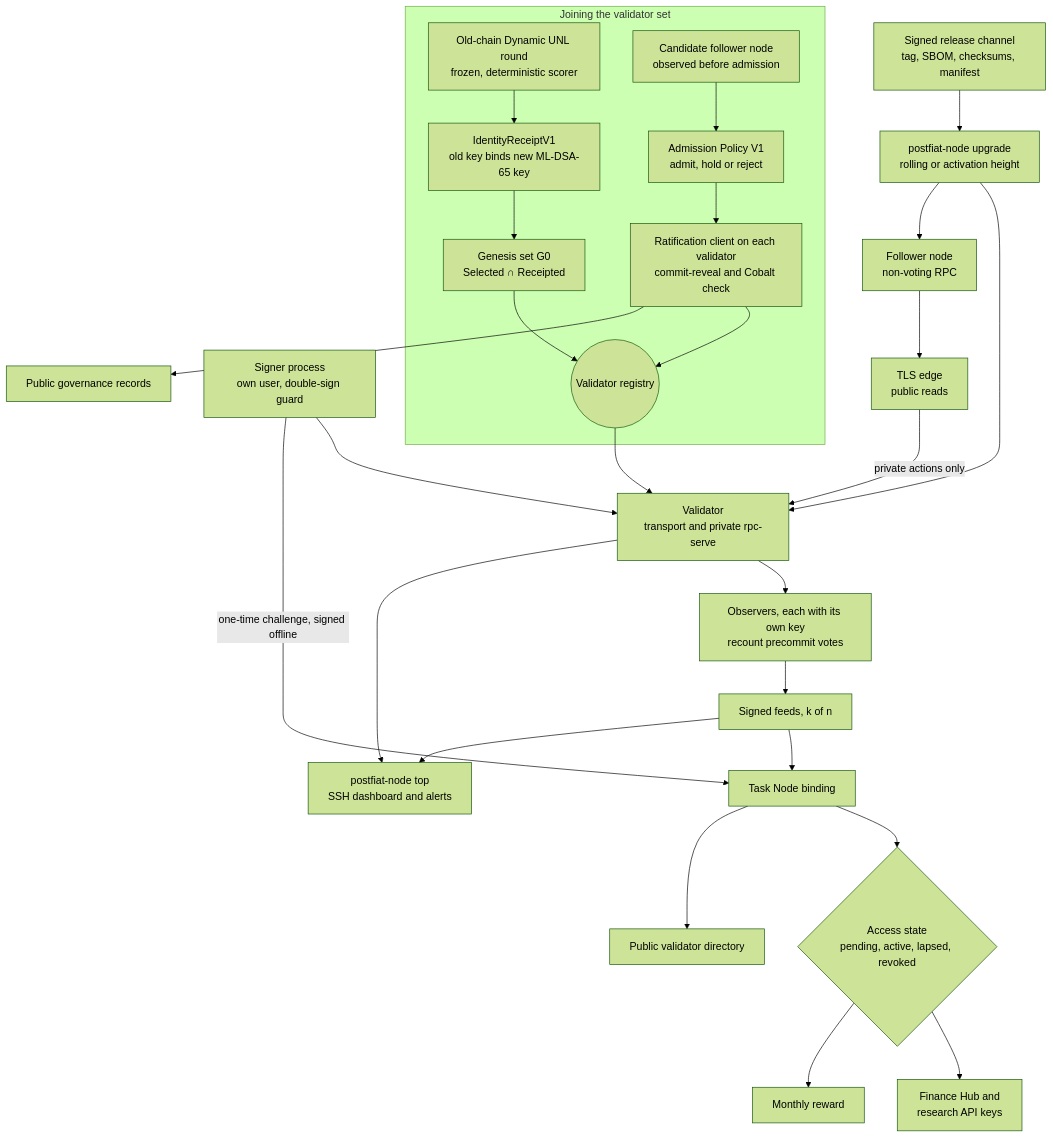
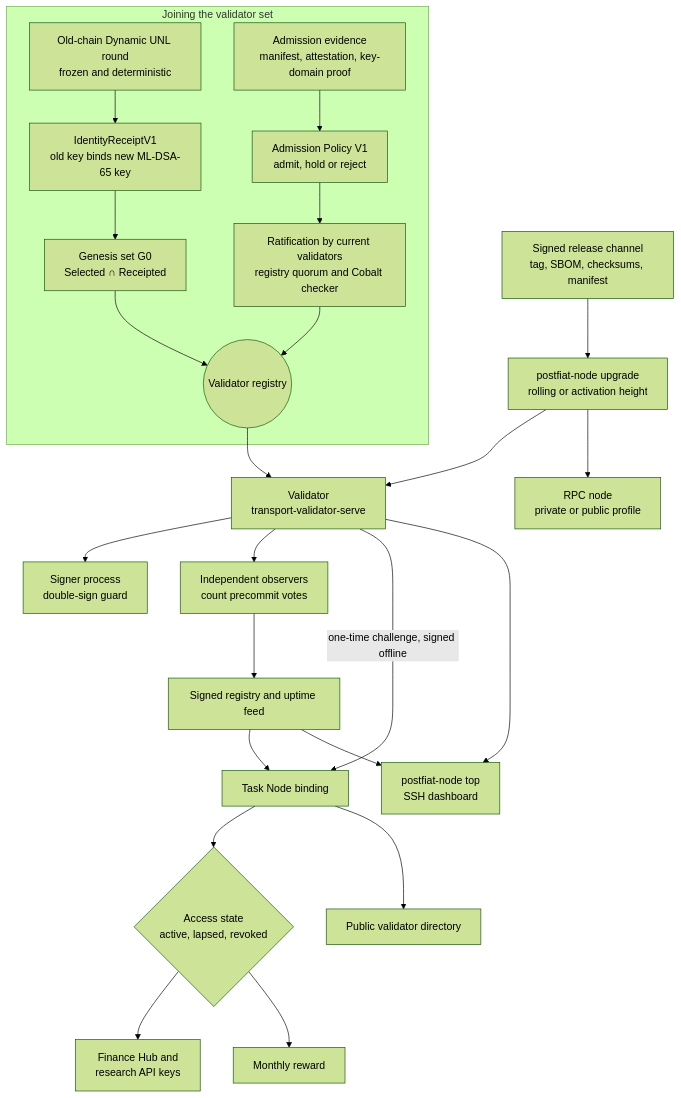
One commit to postfiatorg/postfiatl1v2 changed the diagram in big_milestone/pillars/03-validator-program.md. Above: the diagram before and after it, drawn with Mermaid (forest theme). The commit also changed other lines of this file and 37 other files, not shown here.

````diff
--- a/big_milestone/pillars/03-validator-program.md
+++ b/big_milestone/pillars/03-validator-program.md
@@ -71,29 +78,26 @@
 ```mermaid
 flowchart TB
     subgraph JOIN["Joining the validator set"]
-        DU["Old-chain Dynamic UNL round<br/>frozen, deterministic scorer"] --> RC["IdentityReceiptV1<br/>old key binds new ML-DSA-65 key"]
+        DU["Old-chain Dynamic UNL round<br/>frozen and deterministic"] --> RC["IdentityReceiptV1<br/>old key binds new ML-DSA-65 key"]
         RC --> G0["Genesis set G0<br/>Selected ∩ Receipted"]
-        CF["Candidate follower node<br/>observed before admission"] --> POL["Admission Policy V1<br/>admit, hold or reject"]
-        POL --> RAT["Ratification client on each validator<br/>commit-reveal and Cobalt check"]
+        EV["Admission evidence<br/>manifest, attestation, key-domain proof"] --> POL["Admission Policy V1<br/>admit, hold or reject"]
+        POL --> RAT["Ratification by current validators<br/>registry quorum and Cobalt checker"]
         G0 --> REG(("Validator registry"))
         RAT --> REG
     end
     R["Signed release channel<br/>tag, SBOM, checksums, manifest"] --> UP["postfiat-node upgrade<br/>rolling or activation height"]
-    UP --> V["Validator<br/>transport and private rpc-serve"]
-    UP --> F["Follower node<br/>non-voting RPC"]
-    S["Signer process<br/>own user, double-sign guard"] --> V
+    UP --> V["Validator<br/>transport-validator-serve"]
+    UP --> P["RPC node<br/>private or public profile"]
+    V --> S["Signer process<br/>double-sign guard"]
     REG --> V
-    F --> EDGE["TLS edge<br/>public reads"]
-    EDGE -->|"private actions only"| V
-    V --> OBS["Observers, each with its own key<br/>recount precommit votes"]
-    OBS --> RJ["Signed feeds, k of n"]
-    S -->|"one-time challenge, signed offline"| TN["Task Node binding"]
+    V --> OBS["Independent observers<br/>count precommit votes"]
+    OBS --> RJ["Signed registry and uptime feed"]
+    V -->|"one-time challenge, signed offline"| TN["Task Node binding"]
     RJ --> TN
-    TN --> ACC{"Access state<br/>pending, active, lapsed, revoked"}
+    TN --> ACC{"Access state<br/>active, lapsed, revoked"}
     ACC --> FH["Finance Hub and<br/>research API keys"]
     ACC --> RW["Monthly reward"]
     TN --> DIR["Public validator directory"]
-    V --> TOP["postfiat-node top<br/>SSH dashboard and alerts"]
+    V --> TOP["postfiat-node top<br/>SSH dashboard"]
     RJ --> TOP
-    RAT --> GOV["Public governance records"]
 ```
````
